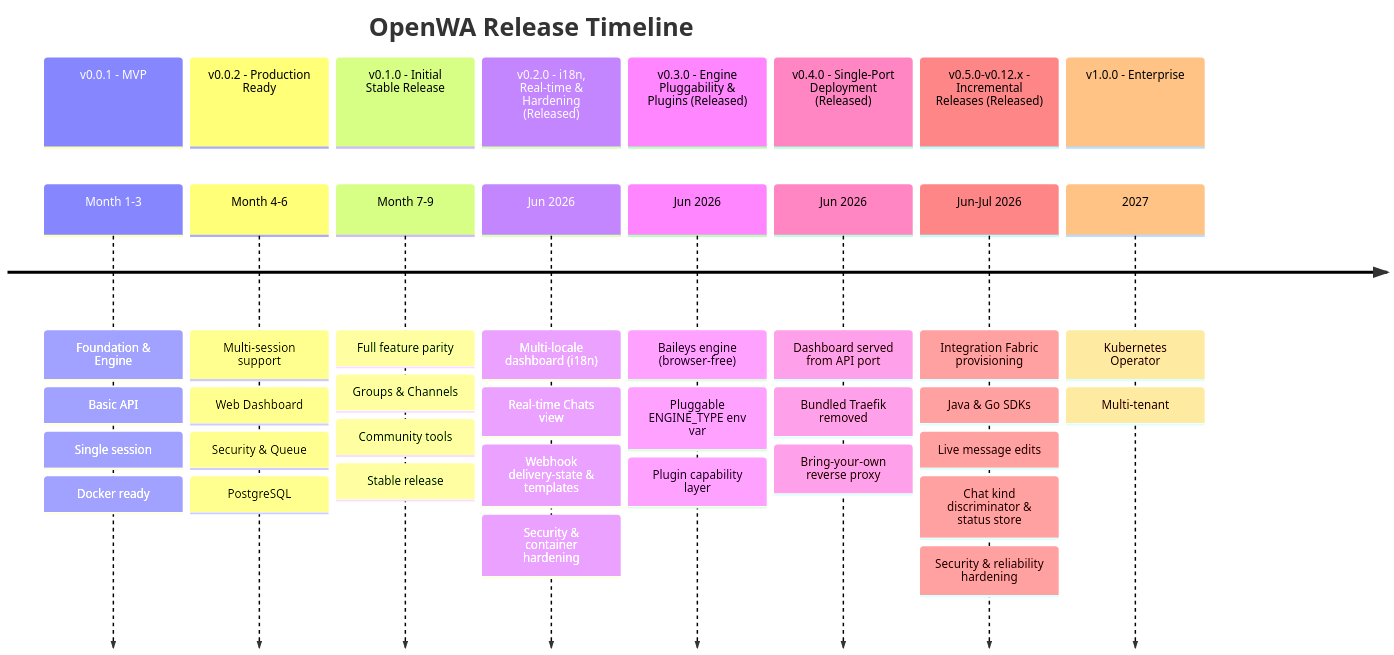
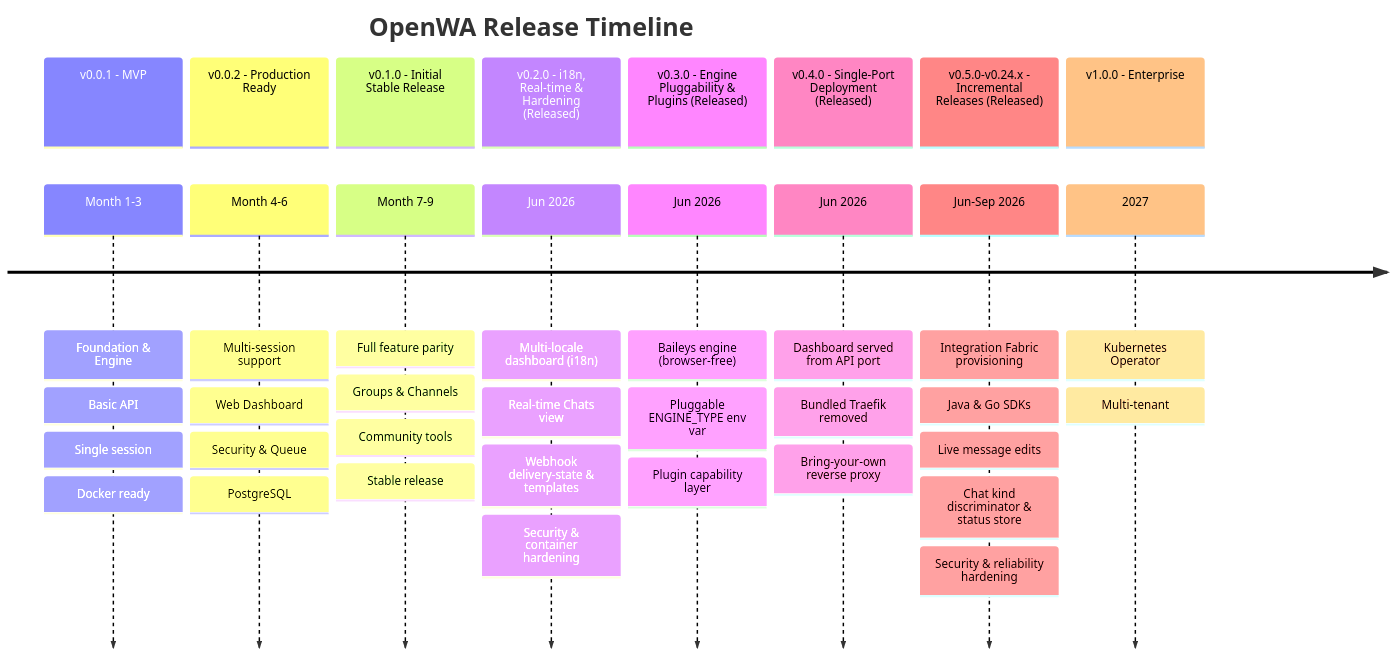
One commit to Carnaval-Team/VentIQ-seller-App changed the first of 7 diagrams in ventiq_admin_app/docs_wapi/15-project-roadmap.md. Above: the diagram before and after it, drawn with Mermaid. The commit also changed other lines of this file and 65 other files, not shown here.

````diff
--- a/ventiq_admin_app/docs_wapi/15-project-roadmap.md
+++ b/ventiq_admin_app/docs_wapi/15-project-roadmap.md
@@ -5,49 +5,49 @@
 ```mermaid
 timeline
     title OpenWA Release Timeline
 
     section v0.0.1 - MVP
         Month 1-3 : Foundation & Engine
                   : Basic API
                   : Single session
                   : Docker ready
 
     section v0.0.2 - Production Ready
         Month 4-6 : Multi-session support
                   : Web Dashboard
                   : Security & Queue
                   : PostgreSQL
 
     section v0.1.0 - Initial Stable Release
         Month 7-9 : Full feature parity
                   : Groups & Channels
                   : Community tools
                   : Stable release
 
     section v0.2.0 - i18n, Real-time & Hardening (Released)
         Jun 2026 : Multi-locale dashboard (i18n)
                  : Real-time Chats view
                  : Webhook delivery-state & templates
                  : Security & container hardening
 
     section v0.3.0 - Engine Pluggability & Plugins (Released)
         Jun 2026 : Baileys engine (browser-free)
                  : Pluggable ENGINE_TYPE env var
                  : Plugin capability layer
 
     section v0.4.0 - Single-Port Deployment (Released)
         Jun 2026 : Dashboard served from API port
                  : Bundled Traefik removed
                  : Bring-your-own reverse proxy
 
-    section v0.5.0-v0.12.x - Incremental Releases (Released)
-        Jun-Jul 2026 : Integration Fabric provisioning
+    section v0.5.0-v0.24.x - Incremental Releases (Released)
+        Jun-Sep 2026 : Integration Fabric provisioning
                      : Java & Go SDKs
                      : Live message edits
                      : Chat kind discriminator & status store
                      : Security & reliability hardening
 
     section v1.0.0 - Enterprise
         2027 : Kubernetes Operator
              : Multi-tenant
 ```
````
